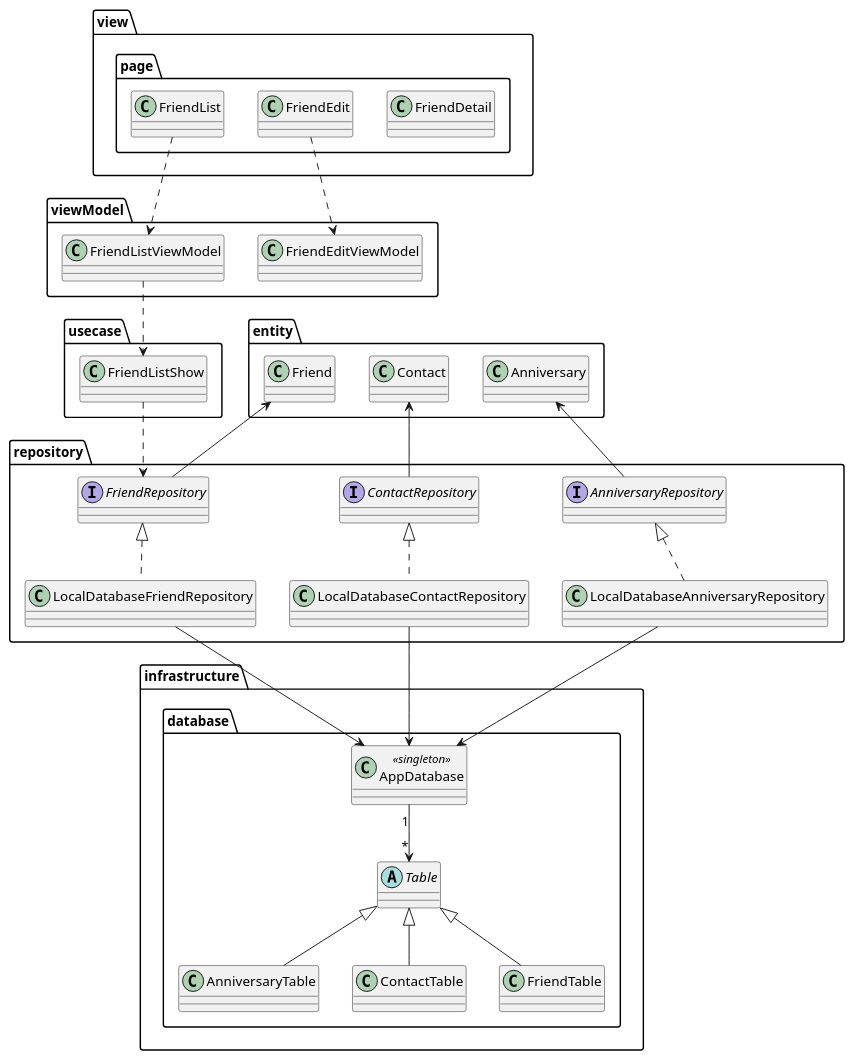
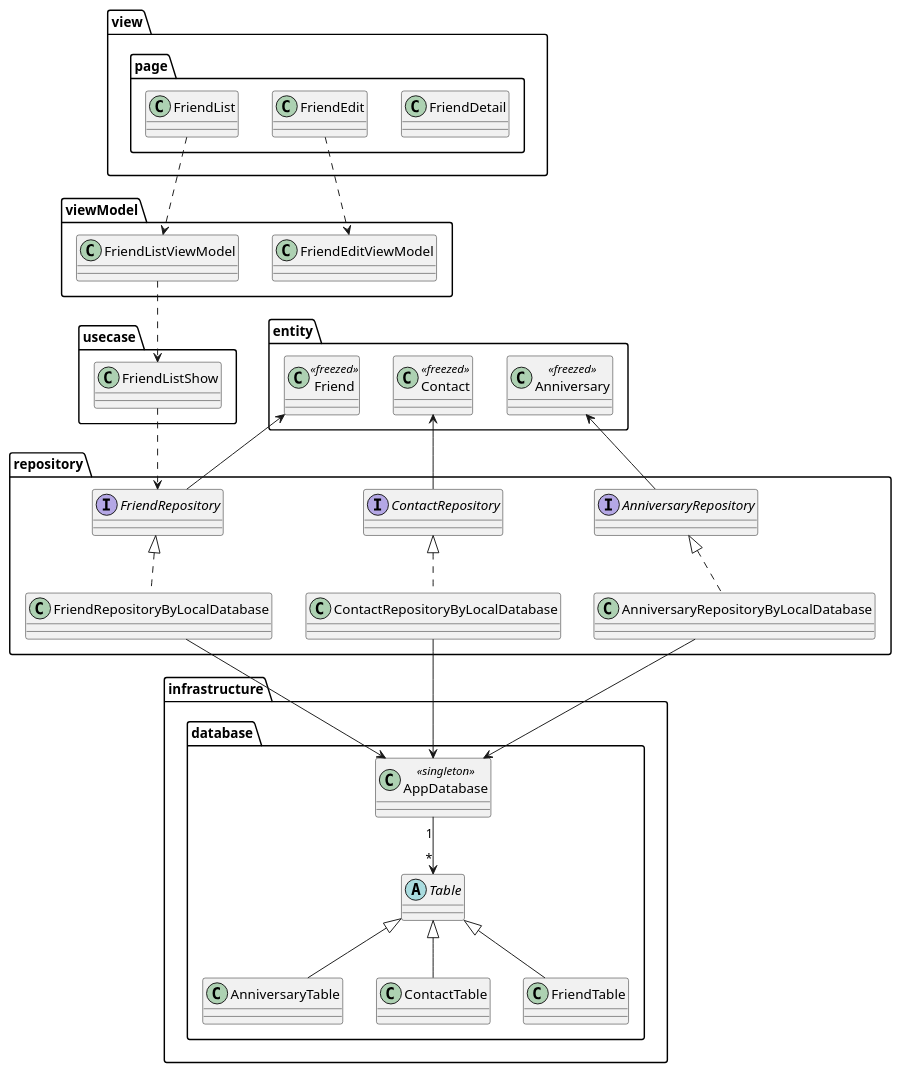
Before and after one commit to nmskm240/friend_list: the diagram in uml/class_diagram.pu, drawn with PlantUML. The commit also changed 5 other files, not shown here.

Commit message:
rename local database repository

```diff
--- a/uml/class_diagram.pu
+++ b/uml/class_diagram.pu
@@ -1,70 +1,70 @@
 @startuml
 
 package view {
     package page {
         class FriendDetail
         class FriendEdit
         class FriendList
     }
 }
 
 package viewModel {
     class FriendListViewModel
     class FriendEditViewModel
 }
 
 package usecase {
     class FriendListShow
 }
 
 
 package repository {
     interface AnniversaryRepository
     interface ContactRepository
     interface FriendRepository
-    class LocalDatabaseAnniversaryRepository
-    class LocalDatabaseContactRepository
-    class LocalDatabaseFriendRepository
+    class AnniversaryRepositoryByLocalDatabase
+    class ContactRepositoryByLocalDatabase
+    class FriendRepositoryByLocalDatabase
 }
 
 package entity {
-    class Anniversary
-    class Contact
-    class Friend
+    class Anniversary<<freezed>>
+    class Contact<<freezed>>
+    class Friend<<freezed>>
 }
 
 package infrastructure {
     package database {
         class AnniversaryTable
         class AppDatabase<<singleton>>
         class ContactTable
         class FriendTable
         abstract Table
     }
 }
 
 FriendList ..> FriendListViewModel
 FriendEdit ..> FriendEditViewModel
 
 FriendListViewModel ..> FriendListShow
 
 FriendListShow ..> FriendRepository
 
 Anniversary <-- AnniversaryRepository
 Contact <-- ContactRepository
 Friend <-- FriendRepository
 
-AnniversaryRepository <|.. LocalDatabaseAnniversaryRepository
-ContactRepository <|.. LocalDatabaseContactRepository
-FriendRepository <|.. LocalDatabaseFriendRepository
+AnniversaryRepository <|.. AnniversaryRepositoryByLocalDatabase
+ContactRepository <|.. ContactRepositoryByLocalDatabase
+FriendRepository <|.. FriendRepositoryByLocalDatabase
 
-LocalDatabaseAnniversaryRepository --> AppDatabase
-LocalDatabaseContactRepository --> AppDatabase
-LocalDatabaseFriendRepository --> AppDatabase
+AnniversaryRepositoryByLocalDatabase --> AppDatabase
+ContactRepositoryByLocalDatabase --> AppDatabase
+FriendRepositoryByLocalDatabase --> AppDatabase
 
 Table <|-- AnniversaryTable
 Table <|-- ContactTable
 Table <|-- FriendTable
 AppDatabase "1" --> "*" Table
 
 @enduml
```
